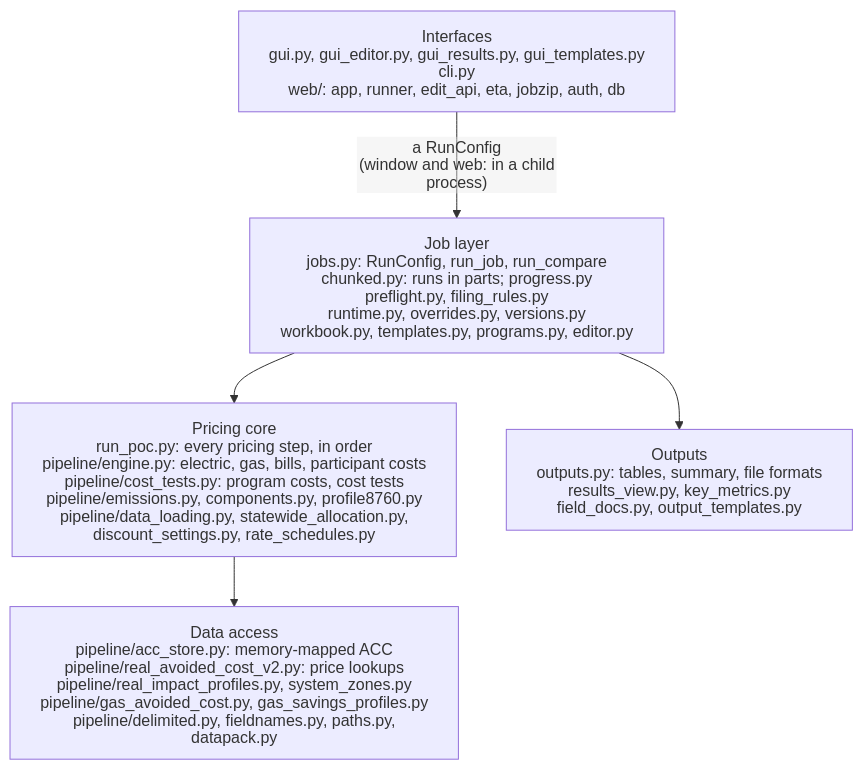
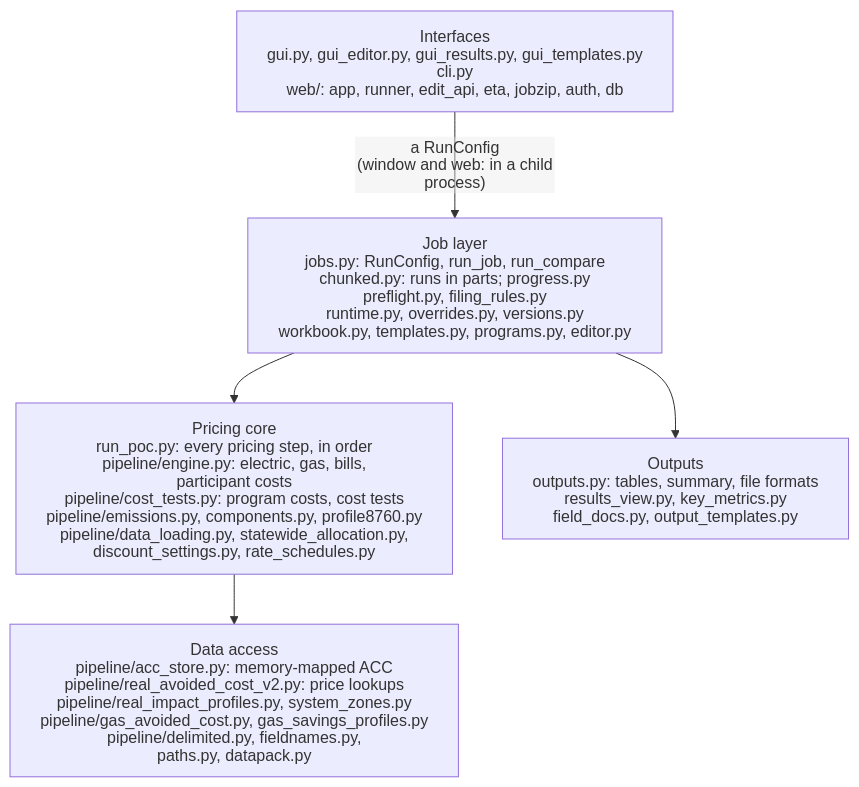
The second of 7 diagrams in recet/docs/ARCHITECTURE.md (JRichardson-PGE/ReCET), drawn with Mermaid before and after one commit. The commit also changed other lines of this file, not shown here.

Commit message:
Architecture diagrams: break long label lines so none wraps into an orphan word

````diff
--- a/recet/docs/ARCHITECTURE.md
+++ b/recet/docs/ARCHITECTURE.md
@@ -93,19 +93,19 @@
 ```mermaid
 ---
 config:
   htmlLabels: false
   flowchart:
     htmlLabels: false
     wrappingWidth: 400
 ---
 flowchart TB
     IF["Interfaces<br/>gui.py, gui_editor.py, gui_results.py, gui_templates.py<br/>cli.py<br/>web/: app, runner, edit_api, eta, jobzip, auth, db"]
     JOB["Job layer<br/>jobs.py: RunConfig, run_job, run_compare<br/>chunked.py: runs in parts; progress.py<br/>preflight.py, filing_rules.py<br/>runtime.py, overrides.py, versions.py<br/>workbook.py, templates.py, programs.py, editor.py"]
-    CORE["Pricing core<br/>run_poc.py: every pricing step, in order<br/>pipeline/engine.py: electric, gas, bills, participant costs<br/>pipeline/cost_tests.py: program costs, cost tests<br/>pipeline/emissions.py, components.py, profile8760.py<br/>pipeline/data_loading.py, statewide_allocation.py,<br/>discount_settings.py, rate_schedules.py"]
-    DATA["Data access<br/>pipeline/acc_store.py: memory-mapped ACC<br/>pipeline/real_avoided_cost_v2.py: price lookups<br/>pipeline/real_impact_profiles.py, system_zones.py<br/>pipeline/gas_avoided_cost.py, gas_savings_profiles.py<br/>pipeline/delimited.py, fieldnames.py, paths.py, datapack.py"]
+    CORE["Pricing core<br/>run_poc.py: every pricing step, in order<br/>pipeline/engine.py: electric, gas, bills,<br/>participant costs<br/>pipeline/cost_tests.py: program costs, cost tests<br/>pipeline/emissions.py, components.py, profile8760.py<br/>pipeline/data_loading.py, statewide_allocation.py,<br/>discount_settings.py, rate_schedules.py"]
+    DATA["Data access<br/>pipeline/acc_store.py: memory-mapped ACC<br/>pipeline/real_avoided_cost_v2.py: price lookups<br/>pipeline/real_impact_profiles.py, system_zones.py<br/>pipeline/gas_avoided_cost.py, gas_savings_profiles.py<br/>pipeline/delimited.py, fieldnames.py,<br/>paths.py, datapack.py"]
     OUT["Outputs<br/>outputs.py: tables, summary, file formats<br/>results_view.py, key_metrics.py<br/>field_docs.py, output_templates.py"]
     IF -->|"a RunConfig<br/>(window and web: in a child process)"| JOB
     JOB --> CORE
     CORE --> DATA
     JOB --> OUT
 ```
````
